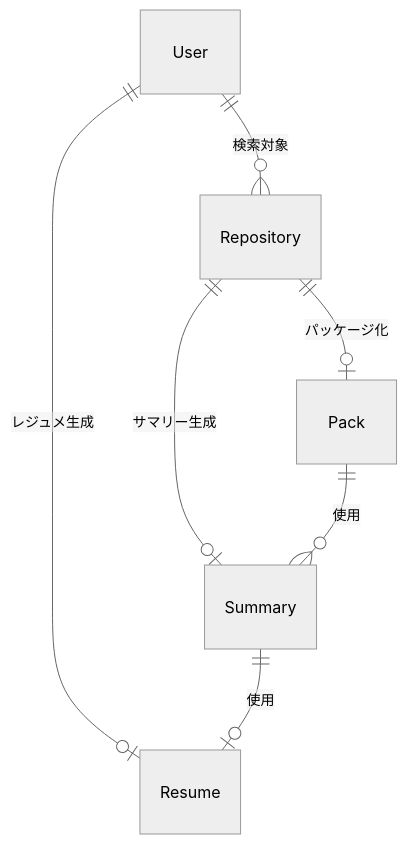
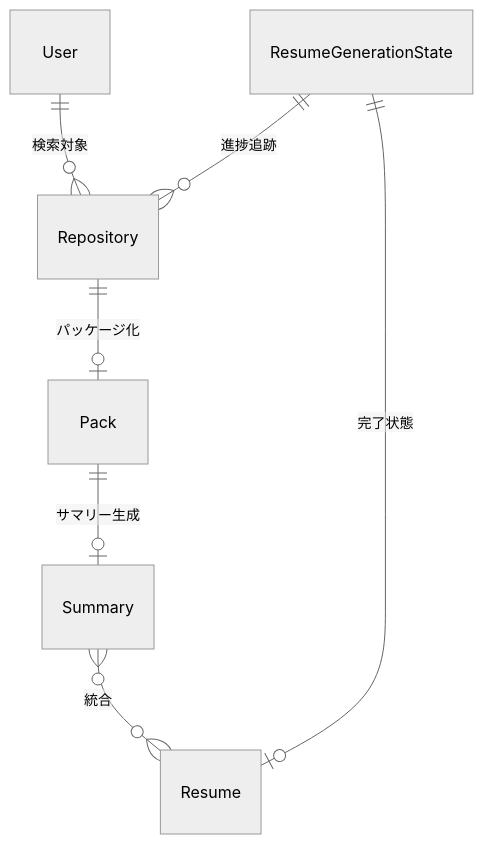
One commit to ToyB0x/git-resume changed the diagram in docs/architecture/data-models.md. Above: the diagram before and after it, drawn with Mermaid (neutral theme). The commit also changed other lines of this file and 2 other files, not shown here.

````diff
--- a/docs/architecture/data-models.md
+++ b/docs/architecture/data-models.md
@@ -106,9 +138,10 @@
 ```mermaid
 erDiagram
     User ||--o{ Repository : "検索対象"
     Repository ||--o| Pack : "パッケージ化"
-    Repository ||--o| Summary : "サマリー生成"
-    User ||--o| Resume : "レジュメ生成"
-    Pack ||--o{ Summary : "使用"
-    Summary ||--o| Resume : "使用"
+    Pack ||--o| Summary : "サマリー生成"
+    Summary }o--o{ Resume : "統合"
+    
+    ResumeGenerationState ||--o{ Repository : "進捗追跡"
+    ResumeGenerationState ||--o| Resume : "完了状態"
 ```
````
